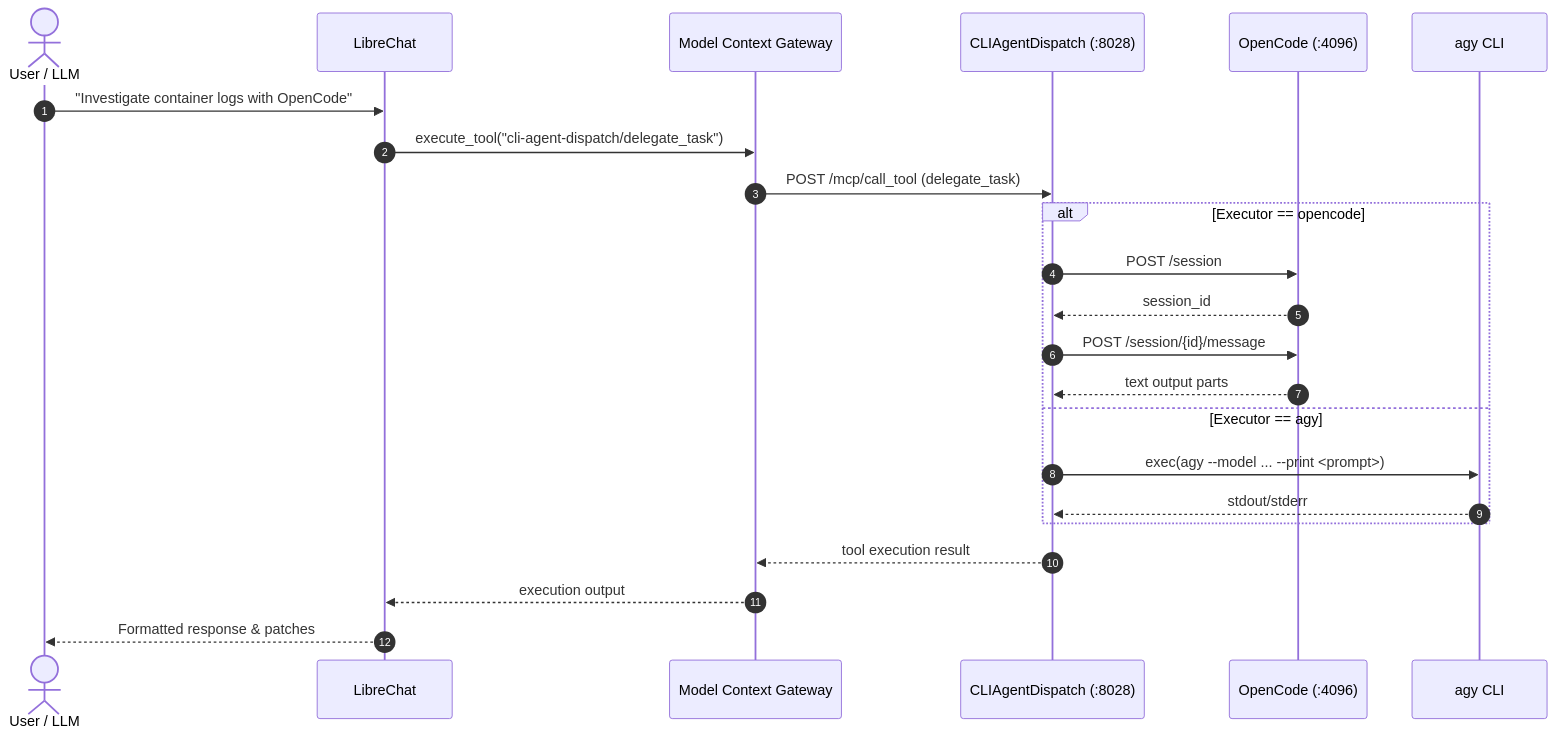
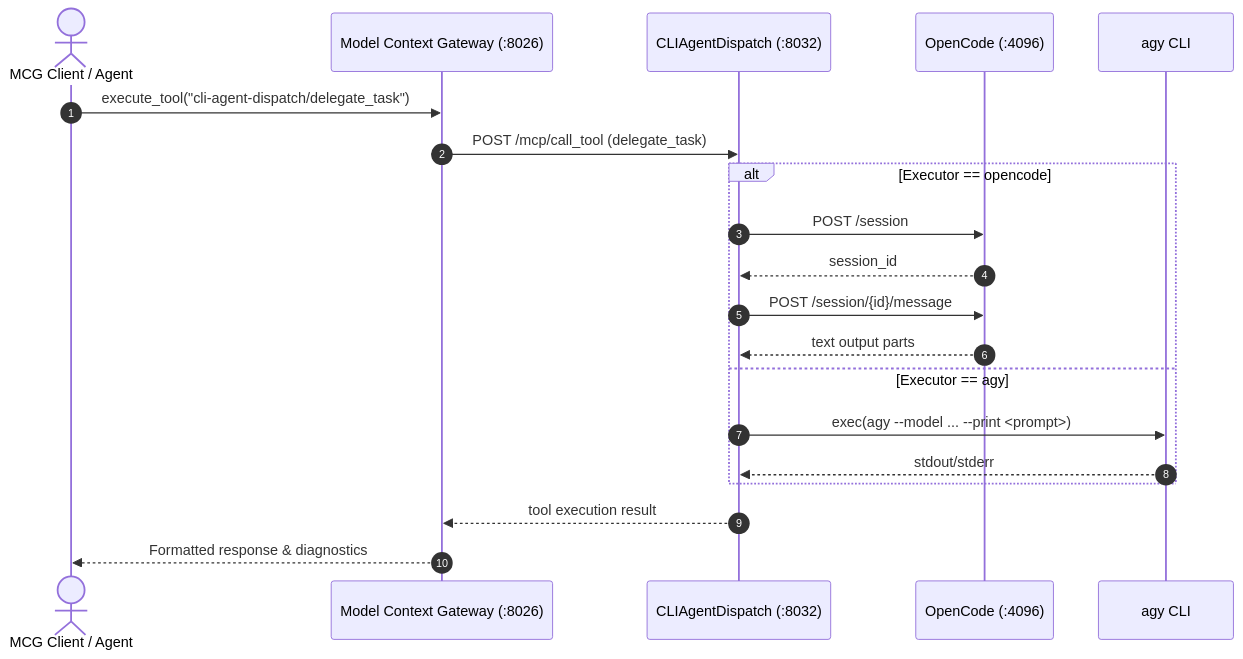
One commit to spelech/CLIAgentDispatch changed the third of 3 diagrams in ARCHITECTURE.md. Above: the diagram before and after it, drawn with Mermaid. The commit also changed other lines of this file and 8 other files, not shown here.

````diff
--- a/ARCHITECTURE.md
+++ b/ARCHITECTURE.md
@@ -52,26 +90,23 @@
 ```mermaid
 sequenceDiagram
     autonumber
-    actor User as User / LLM
-    participant LC as LibreChat
-    participant MCG as Model Context Gateway
-    participant CAD as CLIAgentDispatch (:8028)
+    actor Caller as MCG Client / Agent
+    participant MCG as Model Context Gateway (:8026)
+    participant CAD as CLIAgentDispatch (:8032)
     participant OC as OpenCode (:4096)
     participant AGY as agy CLI
 
-    User->>LC: "Investigate container logs with OpenCode"
-    LC->>MCG: execute_tool("cli-agent-dispatch/delegate_task")
+    Caller->>MCG: execute_tool("cli-agent-dispatch/delegate_task")
     MCG->>CAD: POST /mcp/call_tool (delegate_task)
     alt Executor == opencode
         CAD->>OC: POST /session
         OC-->>CAD: session_id
         CAD->>OC: POST /session/{id}/message
         OC-->>CAD: text output parts
     else Executor == agy
         CAD->>AGY: exec(agy --model ... --print <prompt>)
         AGY-->>CAD: stdout/stderr
     end
     CAD-->>MCG: tool execution result
-    MCG-->>LC: execution output
-    LC-->>User: Formatted response & patches
+    MCG-->>Caller: Formatted response & diagnostics
 ```
````
